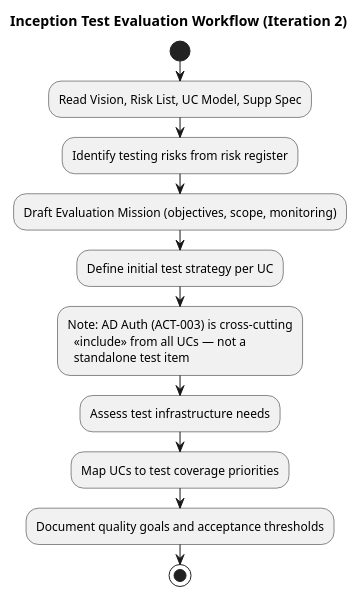
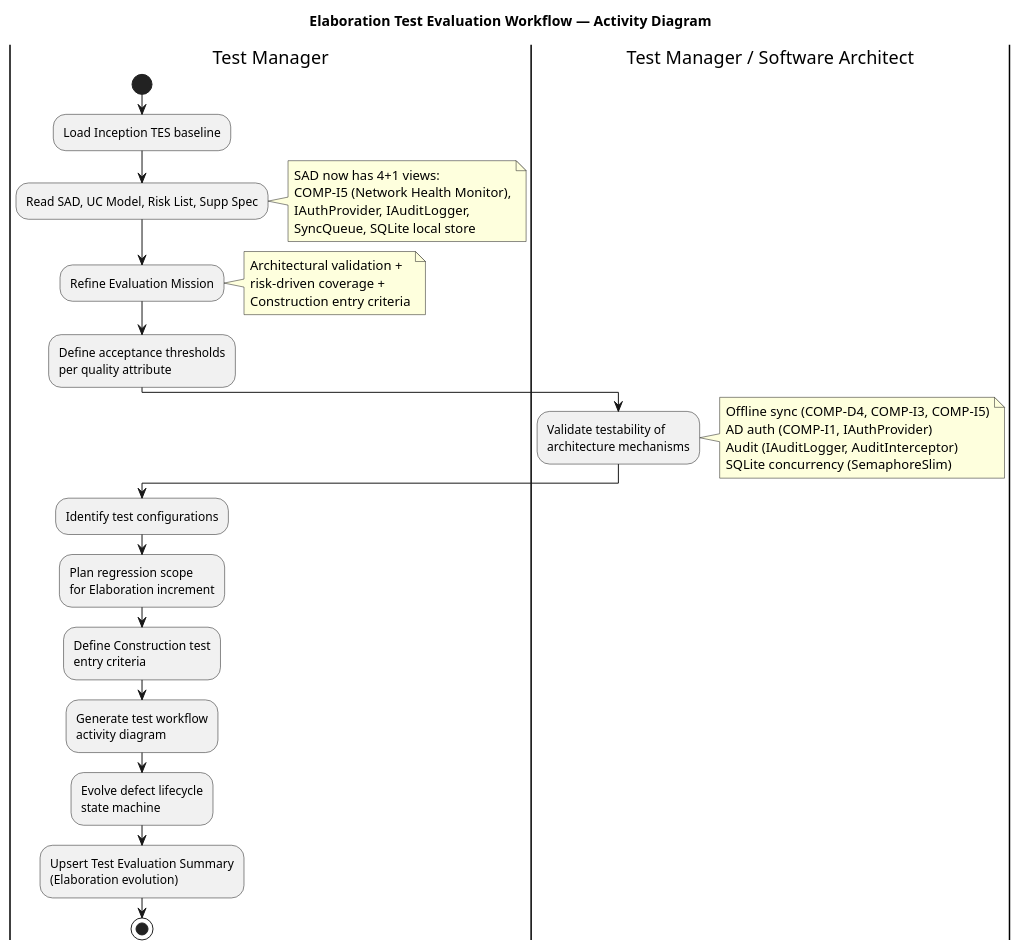
The first of 2 diagrams in docs/artifacts/test/test-evaluation-summary.md (banense-test/demo-janke-lab), drawn with PlantUML before and after one commit. The commit also changed other lines of this file, not shown here.

First line of the commit message:
Test Manager [E1]: upsert Test Evaluation Summary

````diff
--- a/docs/artifacts/test/test-evaluation-summary.md
+++ b/docs/artifacts/test/test-evaluation-summary.md
@@ -30,19 +36,56 @@
 ```plantuml
 @startuml
-title Inception Test Evaluation Workflow (Iteration 2)
+title Elaboration Test Evaluation Workflow — Activity Diagram
 
+|Test Manager|
 start
-:Read Vision, Risk List, UC Model, Supp Spec;
-:Identify testing risks from risk register;
-:Draft Evaluation Mission (objectives, scope, monitoring);
-:Define initial test strategy per UC;
-:Note: AD Auth (ACT-003) is cross-cutting
-  <<include>> from all UCs — not a
-  standalone test item;
-:Assess test infrastructure needs;
-:Map UCs to test coverage priorities;
-:Document quality goals and acceptance thresholds;
+:Load Inception TES baseline;
+:Read SAD, UC Model, Risk List, Supp Spec;
+note right
+  SAD now has 4+1 views:
+  COMP-I5 (Network Health Monitor),
+  IAuthProvider, IAuditLogger,
+  SyncQueue, SQLite local store
+end note
+
+:Refine Evaluation Mission;
+note right
+  Architectural validation +
+  risk-driven coverage +
+  Construction entry criteria
+end note
+
+:Define acceptance thresholds
+per quality attribute;
+
+|Test Manager / Software Architect|
+:Validate testability of
+architecture mechanisms;
+note right
+  Offline sync (COMP-D4, COMP-I3, COMP-I5)
+  AD auth (COMP-I1, IAuthProvider)
+  Audit (IAuditLogger, AuditInterceptor)
+  SQLite concurrency (SemaphoreSlim)
+end note
+
+|Test Manager|
+:Identify test configurations;
+:Plan regression scope
+for Elaboration increment;
+
+:Define Construction test
+entry criteria;
+
+:Generate test workflow
+activity diagram;
+
+:Evolve defect lifecycle
+state machine;
+
+:Upsert Test Evaluation Summary
+(Elaboration evolution);
+
 stop
 
 @enduml
 ```
````
